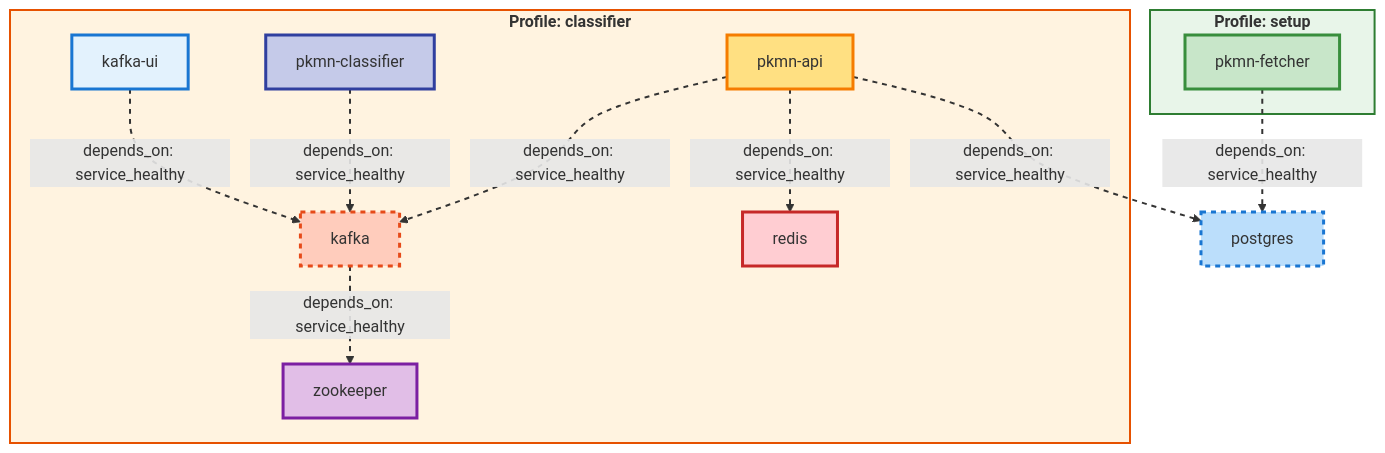
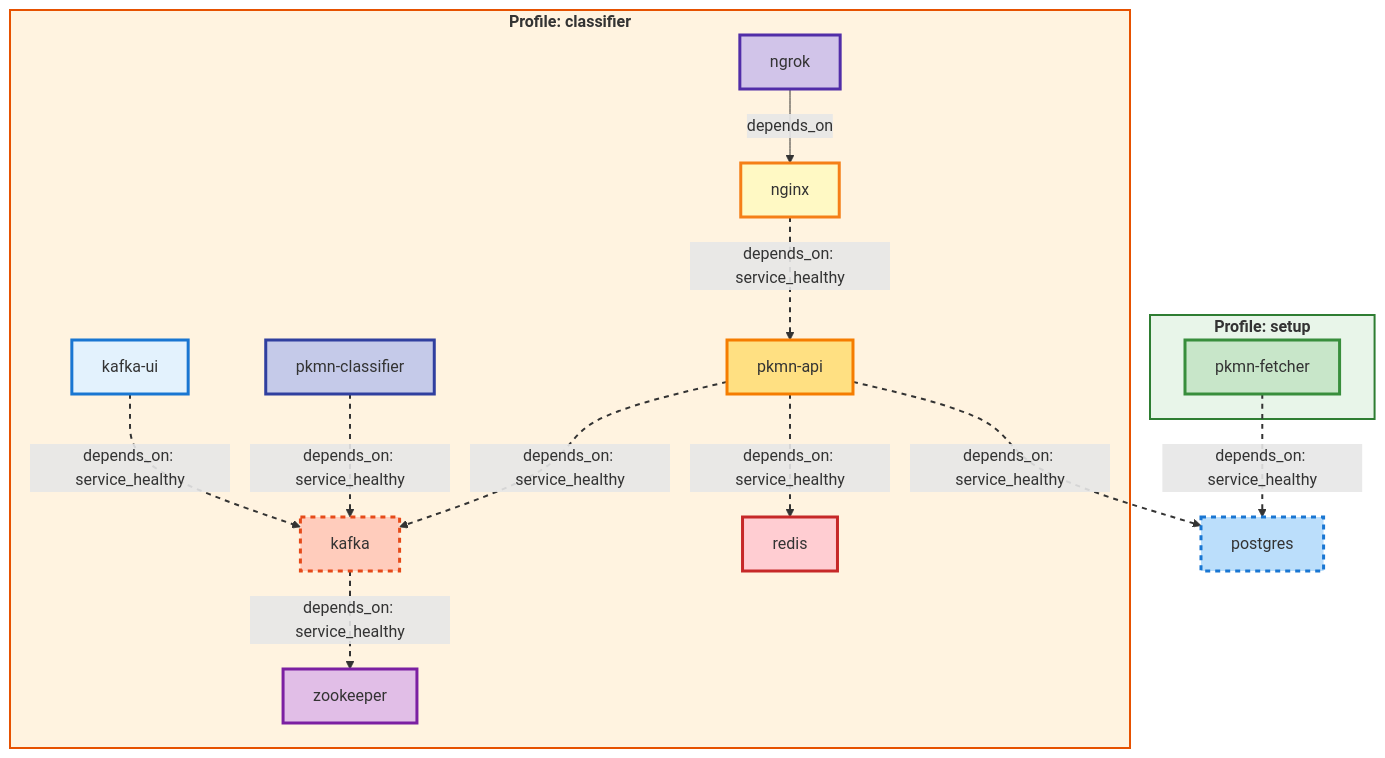
One commit to mbofos01/pokedex changed the diagram in README.md. Above: the diagram before and after it, drawn with Mermaid. The commit also changed other lines of this file and 3 other files, not shown here.

Commit message:
Added nginx and ngrok services

````diff
--- a/README.md
+++ b/README.md
@@ -8,42 +10,49 @@
 ```mermaid
 %%{init: {"theme": "default", "themeVariables": {"background":"#ffffff"}}}%%
   graph TD
     subgraph Profile_setup[<b>Profile: setup</b>]
       pkmn-fetcher:::custom_pkmn-fetcher
     end
     subgraph Profile_classifier[<b>Profile: classifier</b>]
       zookeeper:::custom_zookeeper
       kafka:::custom_kafka
       redis:::custom_redis
       pkmn-api:::custom_pkmn-api
       pkmn-classifier:::custom_pkmn-classifier
       kafka-ui:::custom_kafka-ui
+      nginx:::custom_nginx
+      ngrok:::custom_ngrok
     end
     postgres:::custom_postgres
     pkmn-fetcher -->|depends_on: service_healthy| postgres
     kafka -->|depends_on: service_healthy| zookeeper
     pkmn-api -->|depends_on: service_healthy| postgres
     pkmn-api -->|depends_on: service_healthy| kafka
     pkmn-api -->|depends_on: service_healthy| redis
     pkmn-classifier -->|depends_on: service_healthy| kafka
     kafka-ui -->|depends_on: service_healthy| kafka
+    nginx -->|depends_on: service_healthy| pkmn-api
+    ngrok -->|depends_on| nginx
     classDef profileService fill:#FFF9C4,stroke:#F57F17,stroke-width:2px;
     classDef multiProfileService fill:#FFE082,stroke:#E65100,stroke-width:3px,stroke-dasharray: 5 5;
     classDef custom_postgres fill:#BBDEFB,stroke:#1976D2,stroke-width:3px,stroke-dasharray: 5 5;
     classDef custom_pkmn-fetcher fill:#C8E6C9,stroke:#388E3C,stroke-width:3px;
     classDef custom_zookeeper fill:#E1BEE7,stroke:#7B1FA2,stroke-width:3px;
     classDef custom_kafka fill:#FFCCBC,stroke:#E64A19,stroke-width:3px,stroke-dasharray: 5 5;
     classDef custom_redis fill:#FFCDD2,stroke:#C62828,stroke-width:3px;
     classDef custom_pkmn-api fill:#FFE082,stroke:#F57C00,stroke-width:3px;
     classDef custom_pkmn-classifier fill:#C5CAE9,stroke:#303F9F,stroke-width:3px;
     classDef custom_kafka-ui fill:#E3F2FD,stroke:#1976D2,stroke-width:3px;
+    classDef custom_nginx fill:#FFF9C4,stroke:#F57F17,stroke-width:3px;
+    classDef custom_ngrok fill:#D1C4E9,stroke:#512DA8,stroke-width:3px;
     style Profile_setup fill:#E8F5E9,stroke:#2E7D32,stroke-width:2px
     style Profile_classifier fill:#FFF3E0,stroke:#E65100,stroke-width:2px
     linkStyle 0 stroke-width:2px,stroke-dasharray:5 5
     linkStyle 1 stroke-width:2px,stroke-dasharray:5 5
     linkStyle 2 stroke-width:2px,stroke-dasharray:5 5
     linkStyle 3 stroke-width:2px,stroke-dasharray:5 5
     linkStyle 4 stroke-width:2px,stroke-dasharray:5 5
     linkStyle 5 stroke-width:2px,stroke-dasharray:5 5
     linkStyle 6 stroke-width:2px,stroke-dasharray:5 5
+    linkStyle 7 stroke-width:2px,stroke-dasharray:5 5
 ```
````
